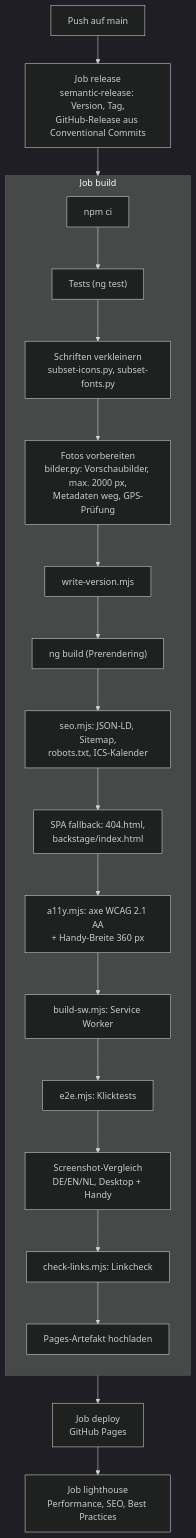
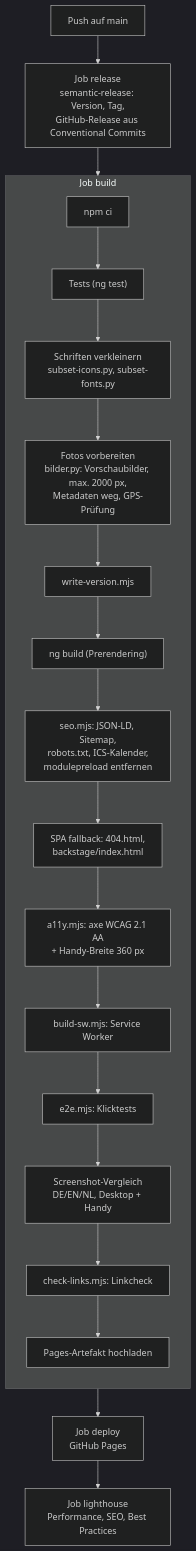
Before and after one commit to Jan-Frederic/Blickfeld-Nord: diagram 12 of 14 in ARCHITECTURE.md, drawn with Mermaid (dark theme). The commit also changed 1 other file, not shown here.

Commit message:
perf: vorgerenderte Seiten ohne modulepreload
Angular setzt für alle Chunks <link rel="modulepreload"> mit hoher Priorität. Auf dem Handy nimmt das
dem Startbild (LCP) die Bandbreite, obwohl die vorgerenderte Seite das JavaScript zum Anzeigen nicht
braucht. seo.mjs entfernt die Links aus allen vorgerenderten Seiten; die Backstage-Shell behält sie.
Lokal (Lighthouse Mobil, gzip): Startseite Median 0,88 → 0,94, erster Inhalt 2,6 s → 1,8 s.

Claude-Session: https://claude.ai/code/session_01D25FyH4sK3RrKD9UhkafHC

````diff
--- a/ARCHITECTURE.md
+++ b/ARCHITECTURE.md
@@ -429,25 +429,25 @@
 ```mermaid
 flowchart TD
   PUSH["Push auf main"] --> REL["Job release<br/>semantic-release: Version, Tag,<br/>GitHub-Release aus Conventional Commits"]
   REL --> BUILD
 
   subgraph BUILD["Job build"]
     direction TB
     T1["npm ci"] --> T2["Tests (ng test)"]
     T2 --> F1["Schriften verkleinern<br/>subset-icons.py, subset-fonts.py"]
     F1 --> F2["Fotos vorbereiten<br/>bilder.py: Vorschaubilder, max. 2000 px,<br/>Metadaten weg, GPS-Prüfung"]
     F2 --> V["write-version.mjs"]
     V --> NG["ng build (Prerendering)"]
-    NG --> SEO["seo.mjs: JSON-LD, Sitemap,<br/>robots.txt, ICS-Kalender"]
+    NG --> SEO["seo.mjs: JSON-LD, Sitemap,<br/>robots.txt, ICS-Kalender,<br/>modulepreload entfernen"]
     SEO --> SPA["SPA fallback: 404.html,<br/>backstage/index.html"]
     SPA --> A11Y["a11y.mjs: axe WCAG 2.1 AA<br/>+ Handy-Breite 360 px"]
     A11Y --> SWB["build-sw.mjs: Service Worker"]
     SWB --> E2E["e2e.mjs: Klicktests"]
     E2E --> VIS["Screenshot-Vergleich<br/>DE/EN/NL, Desktop + Handy"]
     VIS --> LC["check-links.mjs: Linkcheck"]
     LC --> UP["Pages-Artefakt hochladen"]
   end
 
   BUILD --> DEP["Job deploy<br/>GitHub Pages"]
   DEP --> LH["Job lighthouse<br/>Performance, SEO, Best Practices"]
 ```
````
